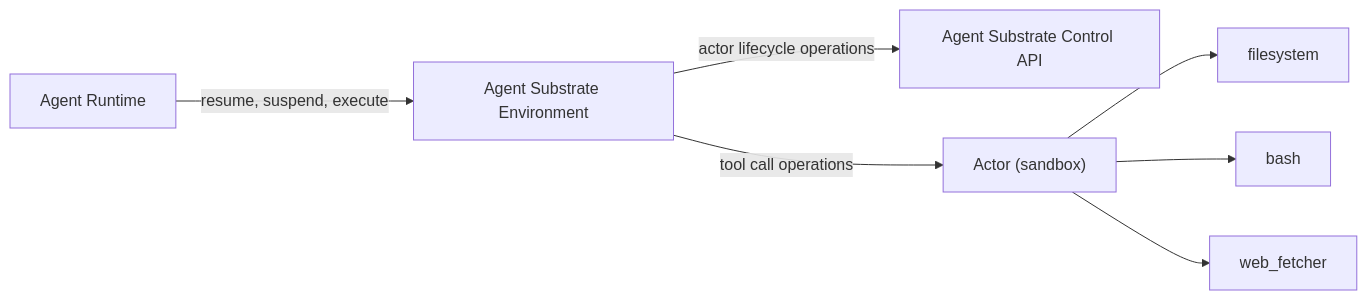
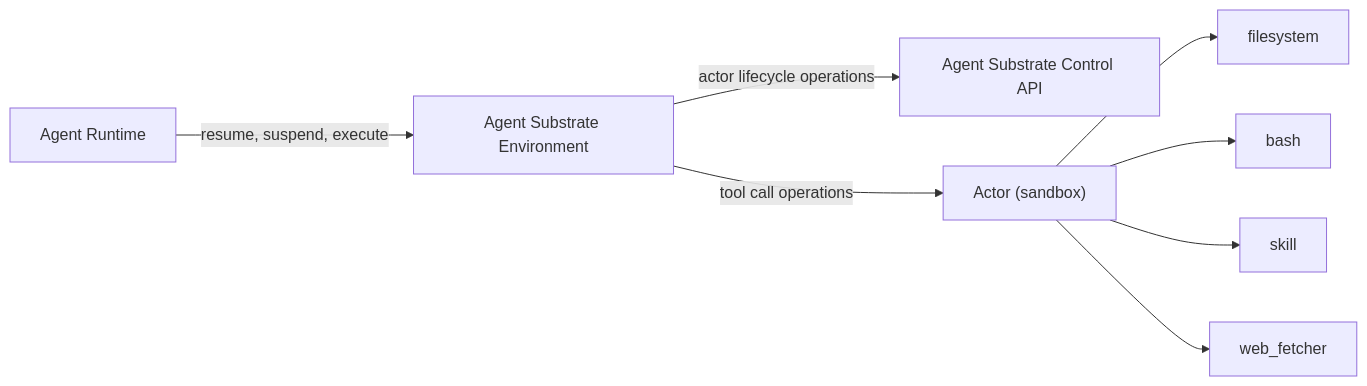
One commit to rakyll/ate-env changed the diagram in README.md. Above: the diagram before and after it, drawn with Mermaid. The commit also changed other lines of this file and 2 other files, not shown here.

Commit message:
feat: integrate skill component and update skills directory path to absolute root

````diff
--- a/README.md
+++ b/README.md
@@ -13,15 +13,16 @@
 ```mermaid
 %%{init: {"flowchart": {"diagramPadding": 80}}}%%
 flowchart LR
     runtime["Agent Runtime"]
     env["Agent Substrate Environment"]
     substrate["Agent Substrate Control API"]
     actor["Actor (sandbox)"]
 
     runtime -->|resume, suspend, execute| env
     env -->|actor lifecycle operations| substrate
     env -->|tool call operations| actor
     actor --> filesystem
     actor --> bash
+    actor --> skill
     actor --> web_fetcher
 ```
````
